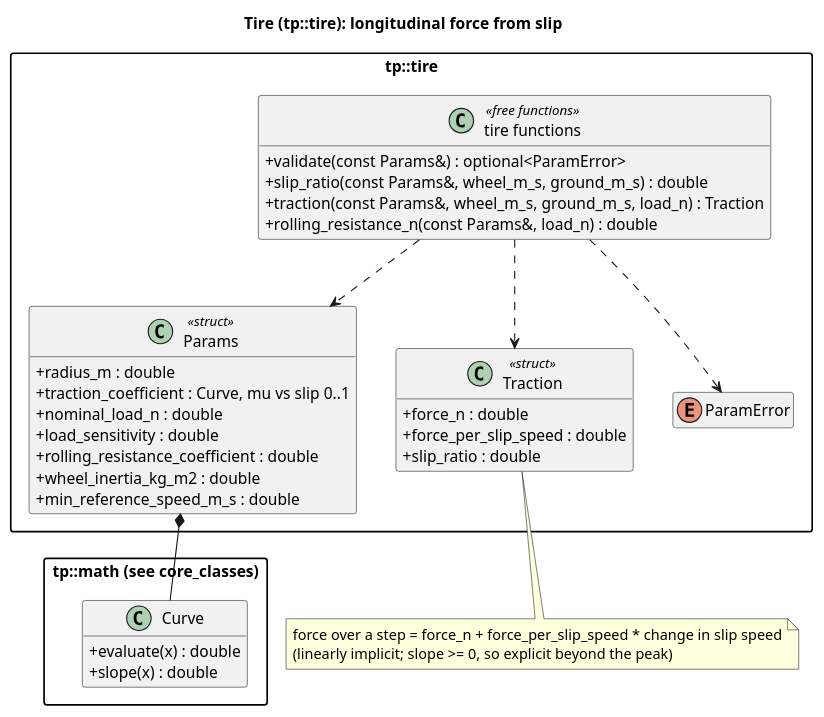
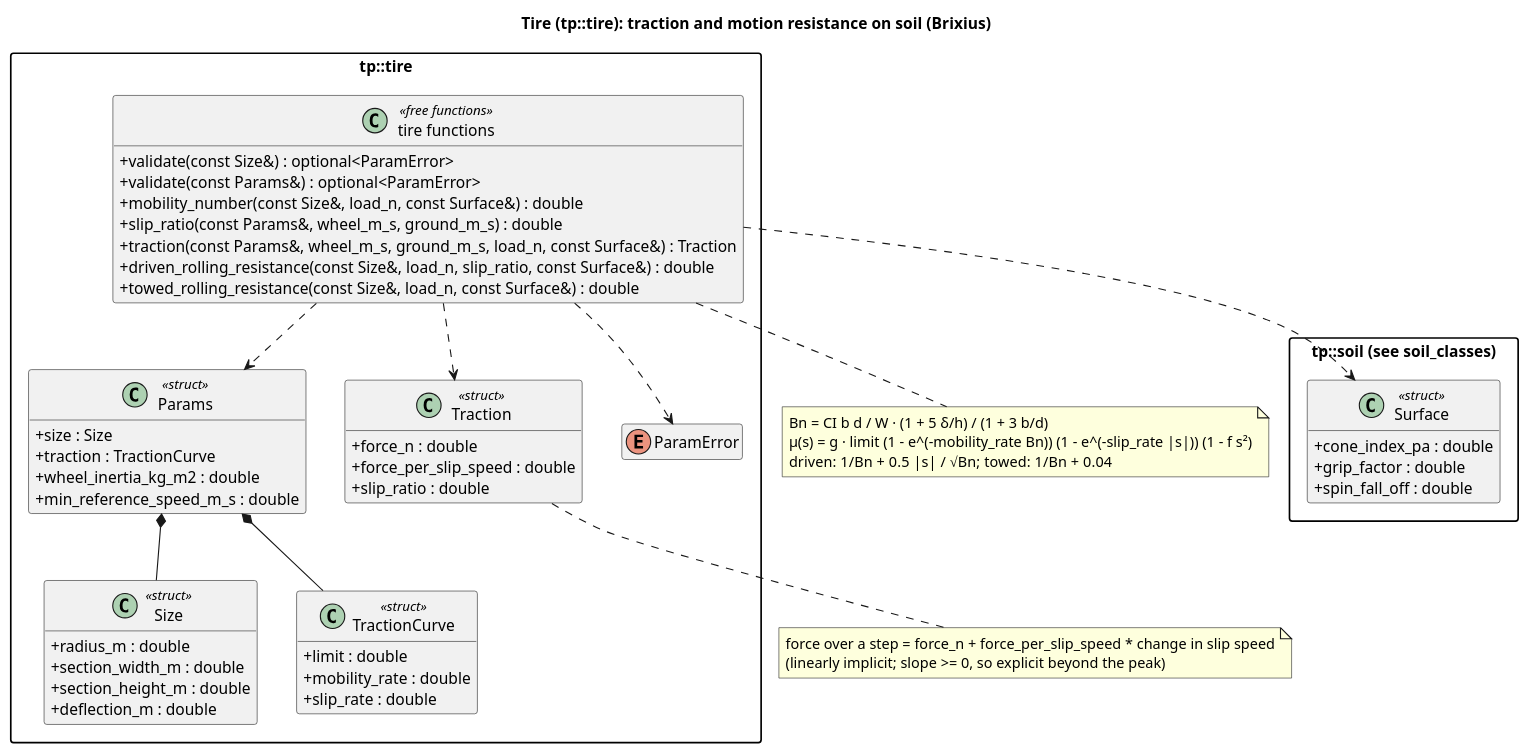
Before and after one commit to wversteeg/TractorPulling: the diagram in docs/diagrams/tire_classes.puml, drawn with PlantUML. The commit also changed 52 other files, not shown here.

```diff
--- a/docs/diagrams/tire_classes.puml
+++ b/docs/diagrams/tire_classes.puml
@@ -1,45 +1,64 @@
 @startuml tire_classes
-title Tire (tp::tire): longitudinal force from slip
+title Tire (tp::tire): traction and motion resistance on soil (Brixius)
 hide empty members
 skinparam packageStyle rectangle
 skinparam classAttributeIconSize 0
 
-package "tp::math (see core_classes)" {
-  class Curve {
-    +evaluate(x) : double
-    +slope(x) : double
+package "tp::soil (see soil_classes)" {
+  class Surface <<struct>> {
+    +cone_index_pa : double
+    +grip_factor : double
+    +spin_fall_off : double
   }
 }
 
 package "tp::tire" {
+  class Size <<struct>> {
+    +radius_m : double
+    +section_width_m : double
+    +section_height_m : double
+    +deflection_m : double
+  }
+  class TractionCurve <<struct>> {
+    +limit : double
+    +mobility_rate : double
+    +slip_rate : double
+  }
   class Params <<struct>> {
-    +radius_m : double
-    +traction_coefficient : Curve, mu vs slip 0..1
-    +nominal_load_n : double
-    +load_sensitivity : double
-    +rolling_resistance_coefficient : double
+    +size : Size
+    +traction : TractionCurve
     +wheel_inertia_kg_m2 : double
     +min_reference_speed_m_s : double
   }
   class Traction <<struct>> {
     +force_n : double
     +force_per_slip_speed : double
     +slip_ratio : double
   }
   enum ParamError
   class "tire functions" as TireFns <<free functions>> {
+    +validate(const Size&) : optional<ParamError>
     +validate(const Params&) : optional<ParamError>
+    +mobility_number(const Size&, load_n, const Surface&) : double
     +slip_ratio(const Params&, wheel_m_s, ground_m_s) : double
-    +traction(const Params&, wheel_m_s, ground_m_s, load_n) : Traction
-    +rolling_resistance_n(const Params&, load_n) : double
+    +traction(const Params&, wheel_m_s, ground_m_s, load_n, const Surface&) : Traction
+    +driven_rolling_resistance(const Size&, load_n, slip_ratio, const Surface&) : double
+    +towed_rolling_resistance(const Size&, load_n, const Surface&) : double
   }
-  Params *-- Curve
+  Params *-- Size
+  Params *-- TractionCurve
   TireFns ..> Params
   TireFns ..> Traction
   TireFns ..> ParamError
+  TireFns ..> Surface
 }
+note bottom of TireFns
+  Bn = CI b d / W · (1 + 5 δ/h) / (1 + 3 b/d)
+  μ(s) = g · limit (1 - e^(-mobility_rate Bn)) (1 - e^(-slip_rate |s|)) (1 - f s²)
+  driven: 1/Bn + 0.5 |s| / √Bn;  towed: 1/Bn + 0.04
+end note
 note bottom of Traction
   force over a step = force_n + force_per_slip_speed * change in slip speed
   (linearly implicit; slope >= 0, so explicit beyond the peak)
 end note
 @enduml
```
